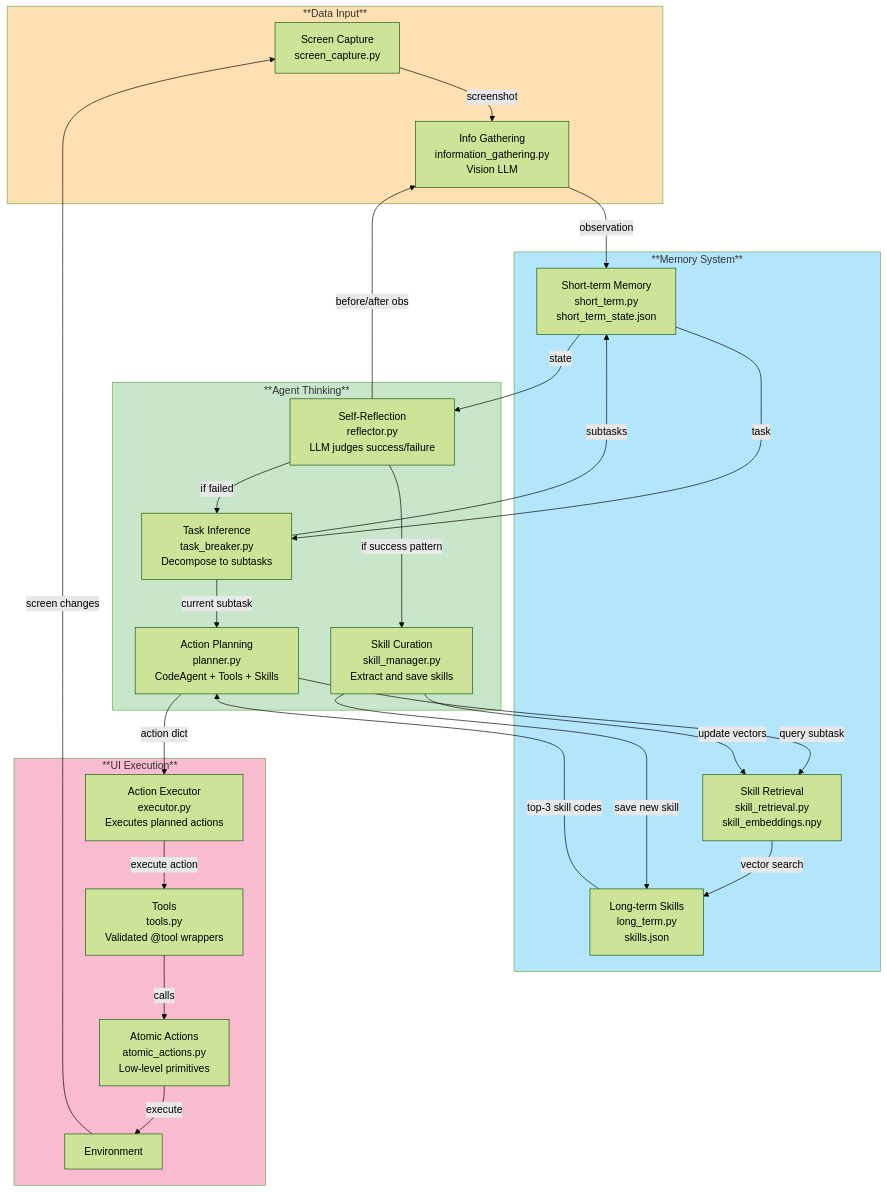
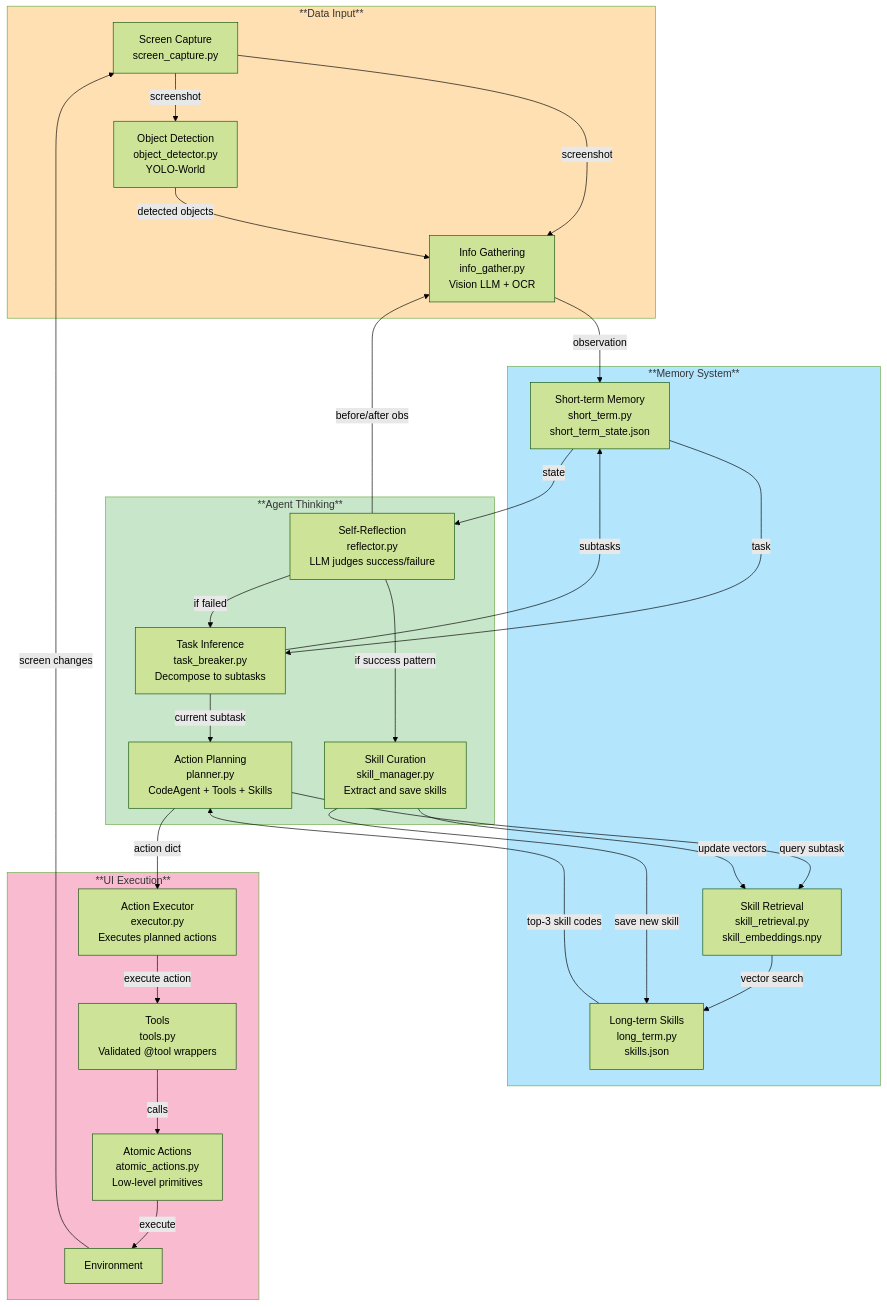
The second of 2 diagrams in README.md (NokkTsang/AI_Gaming_Agent), drawn with Mermaid (forest theme) before and after one commit. The commit also changed 6 other files, not shown here.

````diff
--- a/README.md
+++ b/README.md
@@ -116,62 +116,65 @@
 ```mermaid
 ---
 config:
   layout: dagre
 ---
 flowchart TB
     subgraph Input["**Data Input**"]
         A[Screen Capture<br/>screen_capture.py]
-        B[Info Gathering<br/>information_gathering.py<br/>Vision LLM]
+        B[Info Gathering<br/>info_gather.py<br/>Vision LLM + OCR]
+        B2[Object Detection<br/>object_detector.py<br/>YOLO-World]
     end
 
     subgraph Memory["**Memory System**"]
         C1[Short-term Memory<br/>short_term.py<br/>short_term_state.json]
         C2[Long-term Skills<br/>long_term.py<br/>skills.json]
         C3[Skill Retrieval<br/>skill_retrieval.py<br/>skill_embeddings.npy]
     end
 
     subgraph Reasoning["**Agent Thinking**"]
         D[Self-Reflection<br/>reflector.py<br/>LLM judges success/failure]
         E[Task Inference<br/>task_breaker.py<br/>Decompose to subtasks]
         F[Skill Curation<br/>skill_manager.py<br/>Extract and save skills]
         G[Action Planning<br/>planner.py<br/>CodeAgent + Tools + Skills]
     end
 
     subgraph Output["**UI Execution**"]
         H1[Atomic Actions<br/>atomic_actions.py<br/>Low-level primitives]
         H2[Action Executor<br/>executor.py<br/>Executes planned actions]
         H3[Tools<br/>tools.py<br/>Validated @tool wrappers]
         I[Environment]
     end
 
     A -->|screenshot| B
+    A -->|screenshot| B2
+    B2 -->|detected objects| B
     B -->|observation| C1
 
     C1 -->|state| D
     C1 -->|task| E
 
     E -->|subtasks| C1
     E -->|current subtask| G
 
     G -->|query subtask| C3
     C3 -->|vector search| C2
     C2 -->|top-3 skill codes| G
 
     D -->|before/after obs| B
     D -->|if failed| E
     D -->|if success pattern| F
 
     F -->|save new skill| C2
     F -->|update vectors| C3
 
     G -->|action dict| H2
     H2 -->|execute action| H3
     H3 -->|calls| H1
     H1 -->|execute| I
     I -->|screen changes| A
 
     style Input fill:#FFE0B2
     style Memory fill:#B3E5FC
     style Reasoning fill:#C8E6C9
     style Output fill:#F8BBD0
 ```
````
